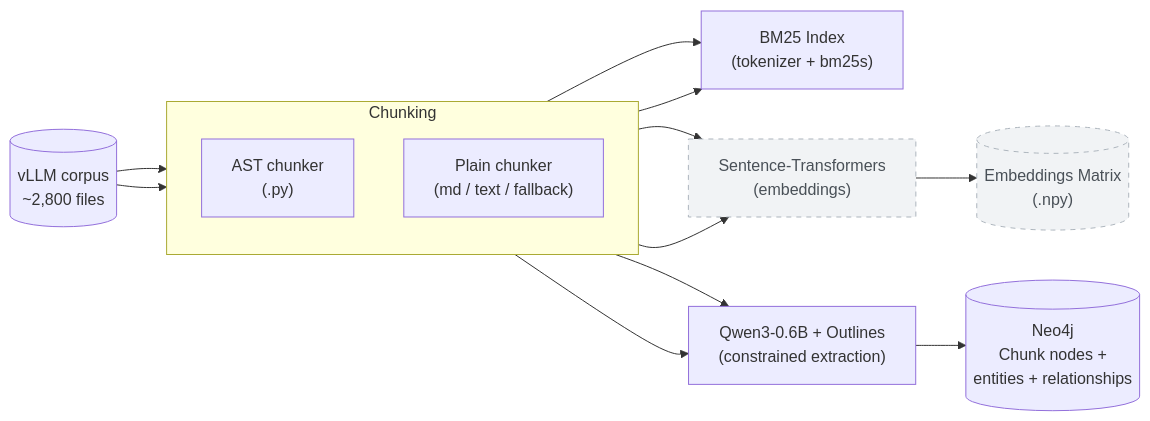
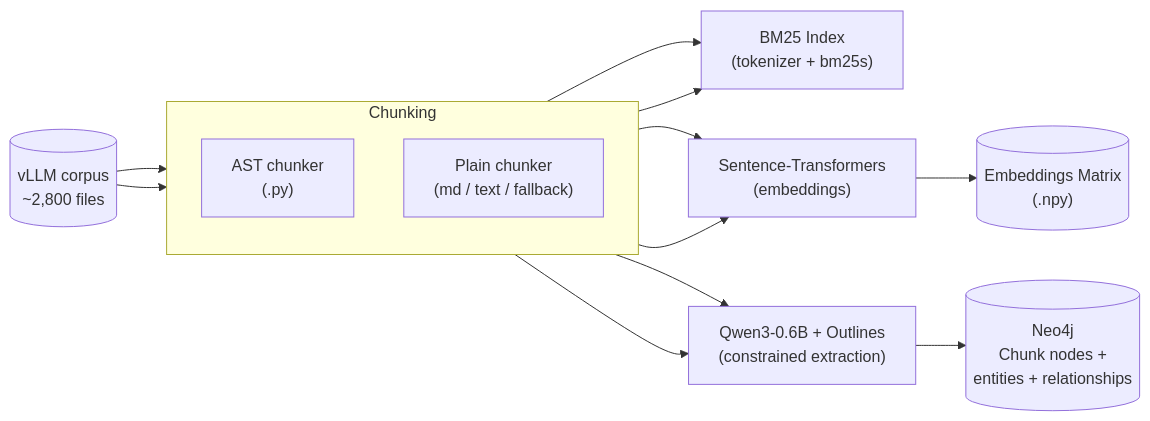
Before and after one commit to DimYiannis/Constrained-GraphRag: the first of 2 diagrams in README.md, drawn with Mermaid. The commit also changed other lines of this file, not shown here.

````diff
--- a/README.md
+++ b/README.md
@@ -50,30 +50,27 @@
 ```mermaid
 flowchart LR
     corpus[("vLLM corpus<br/>~2,800 files")]
 
     subgraph chunking["Chunking"]
         direction TB
         ast["AST chunker<br/>(.py)"]
         plain["Plain chunker<br/>(md / text / fallback)"]
     end
 
     bm25["BM25 Index<br/>(tokenizer + bm25s)"]
     semb["Sentence-Transformers<br/>(embeddings)"]
     embmatrix[("Embeddings Matrix<br/>(.npy)")]
     qwen["Qwen3-0.6B + Outlines<br/>(constrained extraction)"]
     neodb[("Neo4j<br/>Chunk nodes +<br/>entities + relationships")]
 
     corpus --> ast
     corpus --> plain
     ast --> bm25
     plain --> bm25
     ast --> semb
     plain --> semb
     semb --> embmatrix
     ast --> qwen
     plain --> qwen
     qwen --> neodb
-
-    classDef planned fill:#f1f3f5,stroke:#adb5bd,color:#495057,stroke-dasharray: 5 5;
-    class semb,embmatrix planned;
 ```
````
